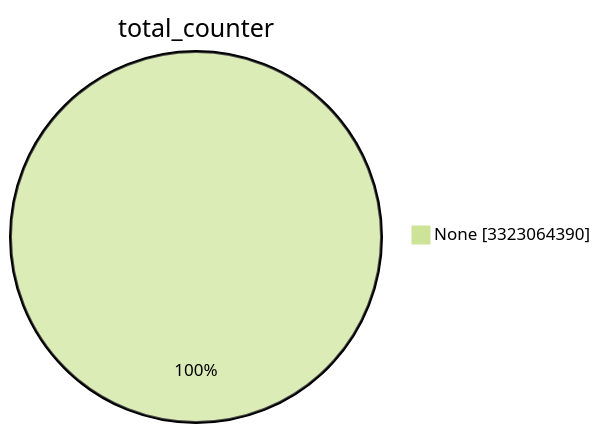
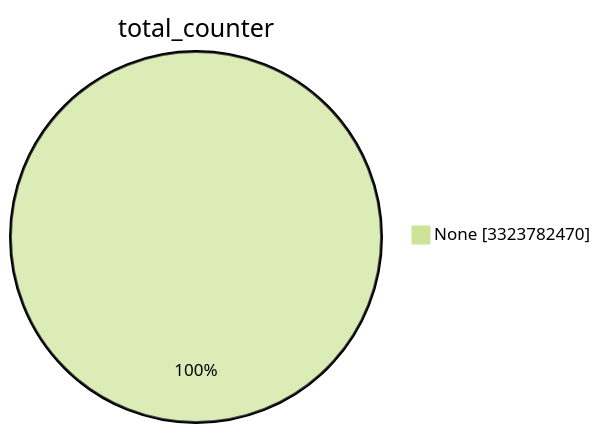
One commit to christiankrug/ctmonitor_visualization changed the first of 15 diagrams in TOTAL/README.md. Above: the diagram before and after it, drawn with Mermaid (forest theme). The commit also changed other lines of this file, not shown here.

````diff
--- a/TOTAL/README.md
+++ b/TOTAL/README.md
@@ -1,5 +1,5 @@
 ```mermaid
 pie showData
 title total_counter
-"None" :3323064390
+"None" :3323782470
 ```
````
